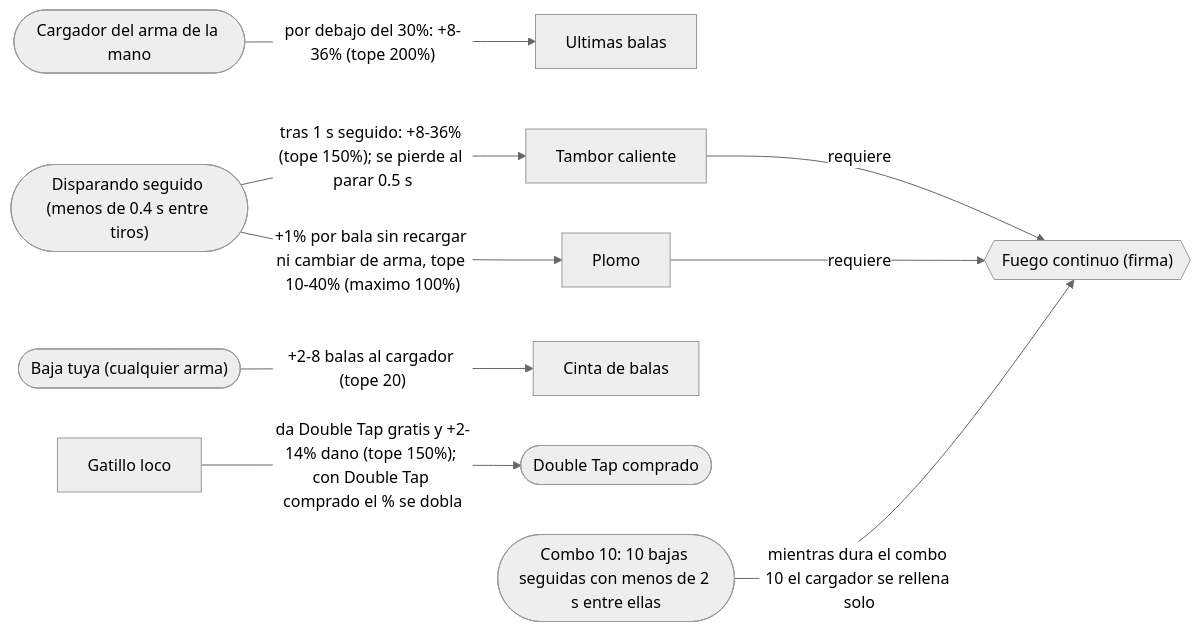
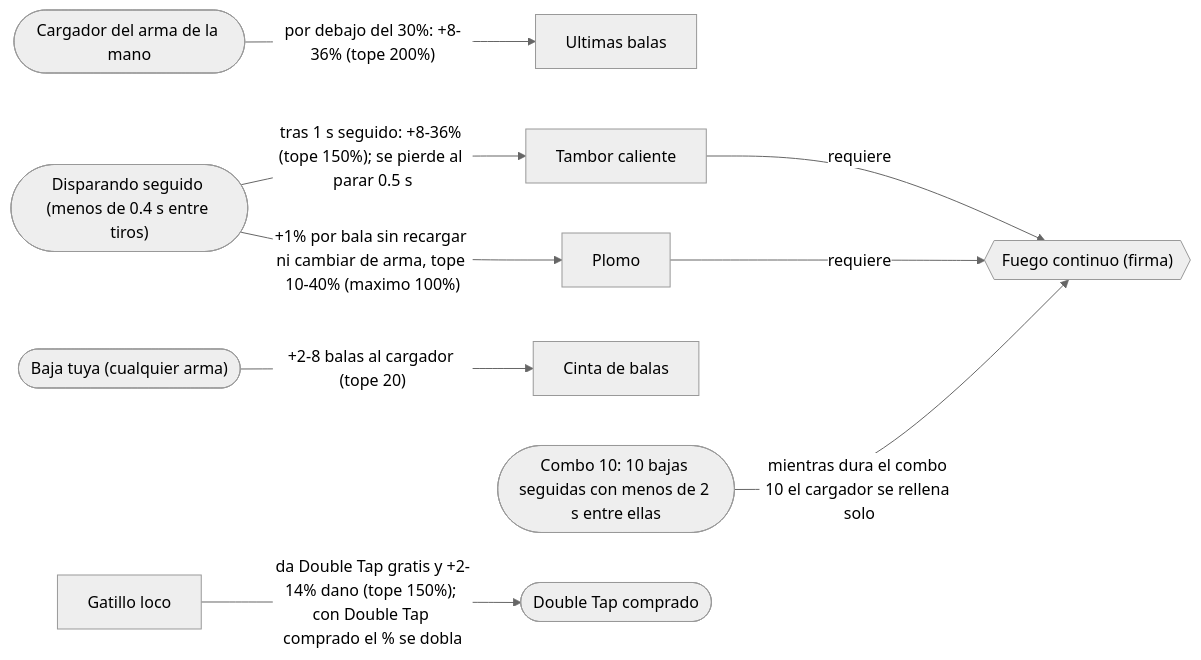
Diagram 11 of 15 in ARQUETIPOS.md (emailyasi1/bo2jodas), drawn with Mermaid (neutral theme) before and after one commit. The commit also changed other lines of this file and 5 other files, not shown here.

````diff
--- a/ARQUETIPOS.md
+++ b/ARQUETIPOS.md
@@ -414,22 +414,22 @@
 ```mermaid
 flowchart LR
     cadencia["Gatillo loco"]
     ultimas["Ultimas balas"]
     tambor["Tambor caliente"]
     plomo["Plomo"]
     cinta["Cinta de balas"]
     continuo{{"Fuego continuo (firma)"}}
+    BAJA(["Baja tuya (cualquier arma)"])
+    COMBO10(["Combo 10: 10 bajas seguidas con menos de 2 s entre ellas"])
     CARGADOR(["Cargador del arma de la mano"])
-    BAJA(["Baja tuya (cualquier arma)"])
+    RAFAGA(["Disparando seguido (menos de 0.4 s entre tiros)"])
     DT(["Double Tap comprado"])
-    RAFAGA(["Disparando seguido (menos de 0.4 s entre tiros)"])
-    COMBO10(["Combo 10: 10 bajas seguidas con menos de 2 s entre ellas"])
     cadencia -->|"da Double Tap gratis y +2-14% dano (tope 150%); con Double Tap comprado el % se dobla"| DT
     CARGADOR -->|"por debajo del 30%: +8-36% (tope 200%)"| ultimas
     RAFAGA -->|"tras 1 s seguido: +8-36% (tope 150%); se pierde al parar 0.5 s"| tambor
     RAFAGA -->|"+1% por bala sin recargar ni cambiar de arma, tope 10-40% (maximo 100%)"| plomo
     BAJA -->|"+2-8 balas al cargador (tope 20)"| cinta
     tambor -->|"requiere"| continuo
     plomo -->|"requiere"| continuo
     COMBO10 -->|"mientras dura el combo 10 el cargador se rellena solo"| continuo
 ```
````
